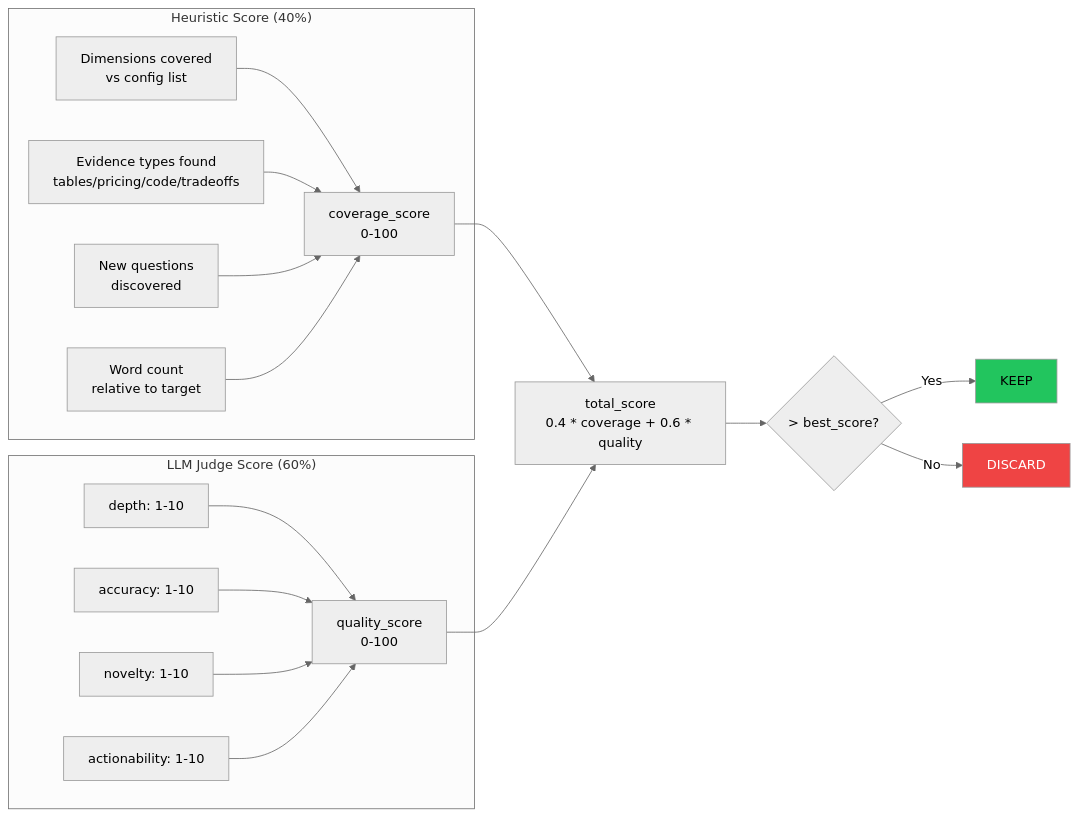
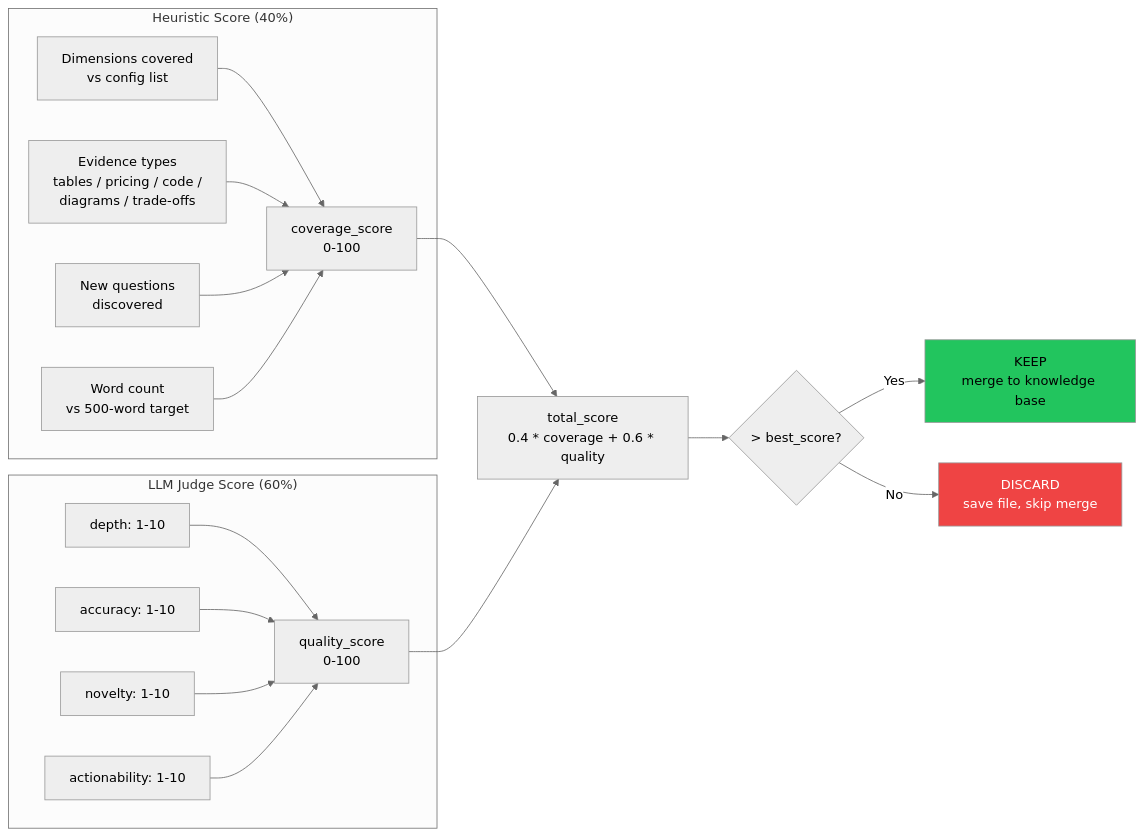
The third of 8 diagrams in diagrams.md (josefigueredo/auto-research), drawn with Mermaid (neutral theme) before and after one commit. The commit also changed other lines of this file and 2 other files, not shown here.

````diff
--- a/diagrams.md
+++ b/diagrams.md
@@ -78,27 +105,27 @@
 ```mermaid
 flowchart LR
     subgraph HEURISTIC ["Heuristic Score (40%)"]
         H1[Dimensions covered<br>vs config list]
-        H2[Evidence types found<br>tables/pricing/code/tradeoffs]
+        H2[Evidence types<br>tables / pricing / code /<br>diagrams / trade-offs]
         H3[New questions<br>discovered]
-        H4[Word count<br>relative to target]
+        H4[Word count<br>vs 500-word target]
         H1 & H2 & H3 & H4 --> HS[coverage_score<br>0-100]
     end
 
     subgraph JUDGE ["LLM Judge Score (60%)"]
         J1[depth: 1-10]
         J2[accuracy: 1-10]
         J3[novelty: 1-10]
         J4[actionability: 1-10]
         J1 & J2 & J3 & J4 --> JS[quality_score<br>0-100]
     end
 
-    HS --> TOTAL[total_score<br>0.4 * coverage + 0.6 * quality]
+    HS --> TOTAL["total_score<br>0.4 * coverage + 0.6 * quality"]
     JS --> TOTAL
-    TOTAL --> CMP{> best_score?}
-    CMP -->|Yes| KEEP[KEEP]
-    CMP -->|No| DISCARD[DISCARD]
+    TOTAL --> CMP{"> best_score?"}
+    CMP -->|Yes| KEEP["KEEP<br>merge to knowledge base"]
+    CMP -->|No| DISCARD["DISCARD<br>save file, skip merge"]
 
     style KEEP fill:#22c55e,color:#000
     style DISCARD fill:#ef4444,color:#fff
 ```
````
